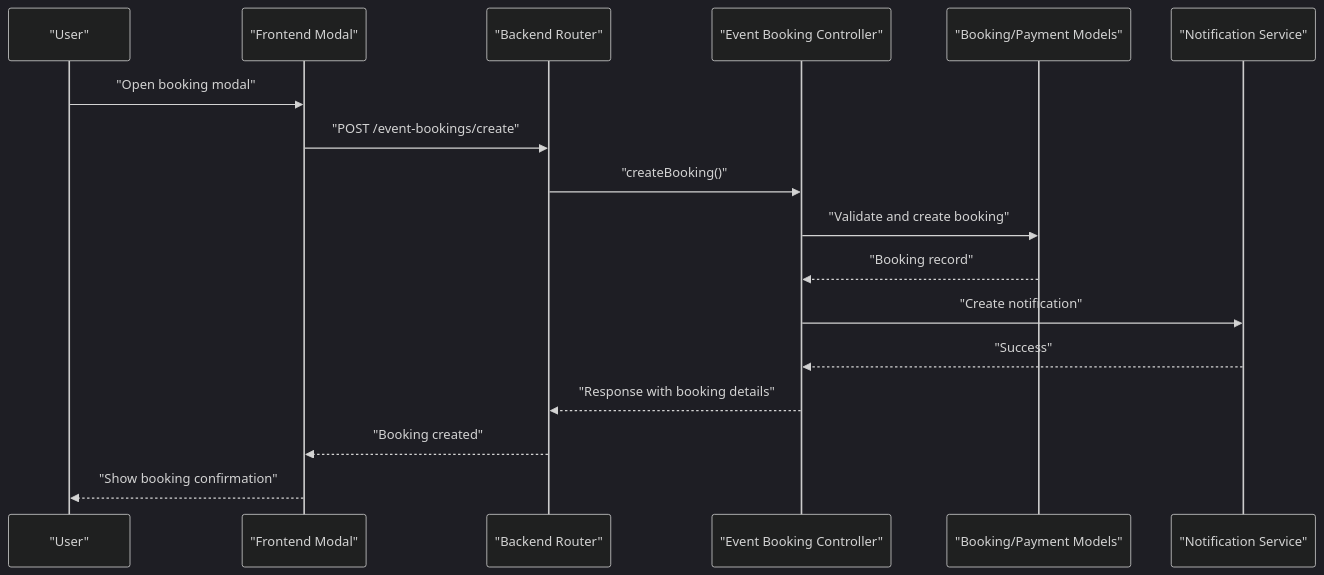
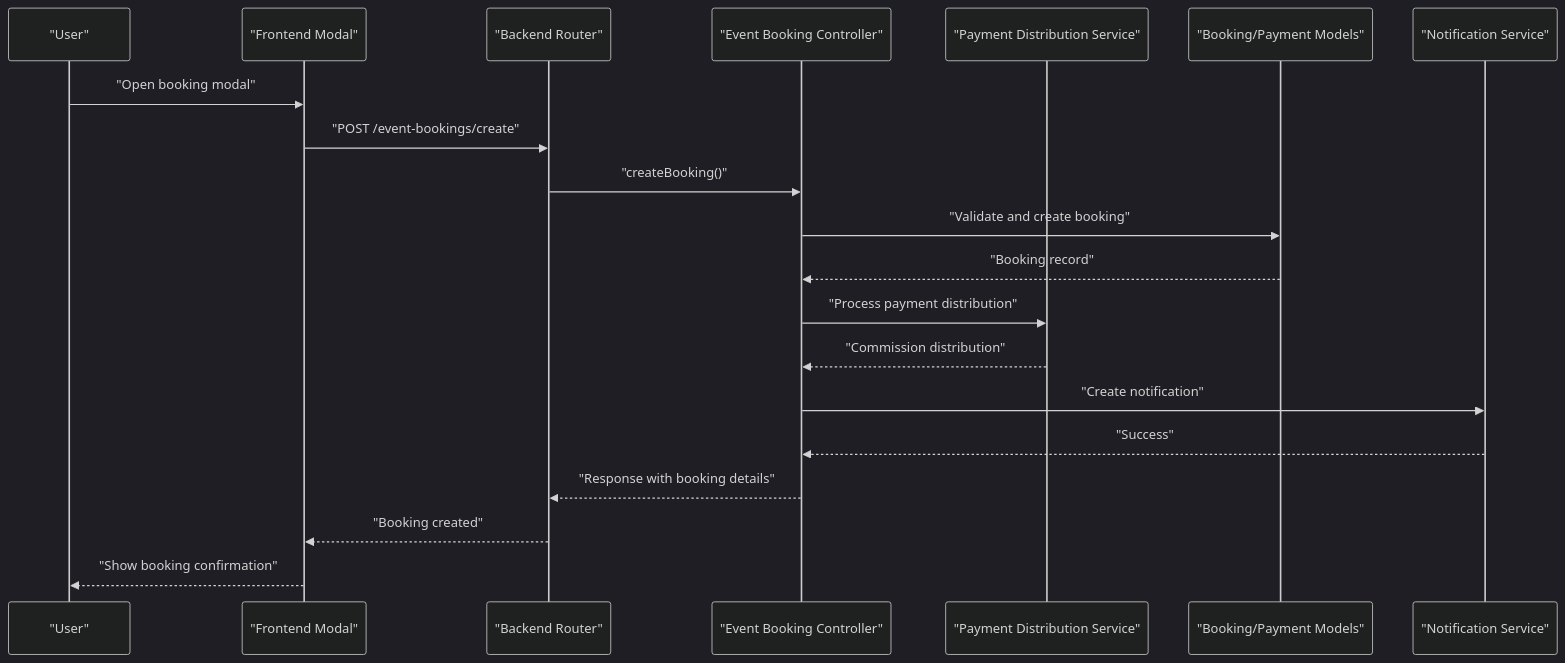
One commit to meghanamallela69-tech/event changed the second of 11 diagrams in .qoder/repowiki/en/content/Booking and Payment System/Booking and Payment System.md. Above: the diagram before and after it, drawn with Mermaid (dark theme). The commit also changed other lines of this file and 63 other files, not shown here.

````diff
--- a/.qoder/repowiki/en/content/Booking and Payment System/Booking and Payment System.md
+++ b/.qoder/repowiki/en/content/Booking and Payment System/Booking and Payment System.md
@@ -107,19 +122,22 @@
 ```mermaid
 sequenceDiagram
 participant User as "User"
 participant Frontend as "Frontend Modal"
 participant Router as "Backend Router"
 participant Controller as "Event Booking Controller"
+participant PaymentService as "Payment Distribution Service"
 participant Model as "Booking/Payment Models"
 participant Notification as "Notification Service"
 User->>Frontend : "Open booking modal"
 Frontend->>Router : "POST /event-bookings/create"
 Router->>Controller : "createBooking()"
 Controller->>Model : "Validate and create booking"
 Model-->>Controller : "Booking record"
+Controller->>PaymentService : "Process payment distribution"
+PaymentService-->>Controller : "Commission distribution"
 Controller->>Notification : "Create notification"
 Notification-->>Controller : "Success"
 Controller-->>Router : "Response with booking details"
 Router-->>Frontend : "Booking created"
 Frontend-->>User : "Show booking confirmation"
 ```
````
